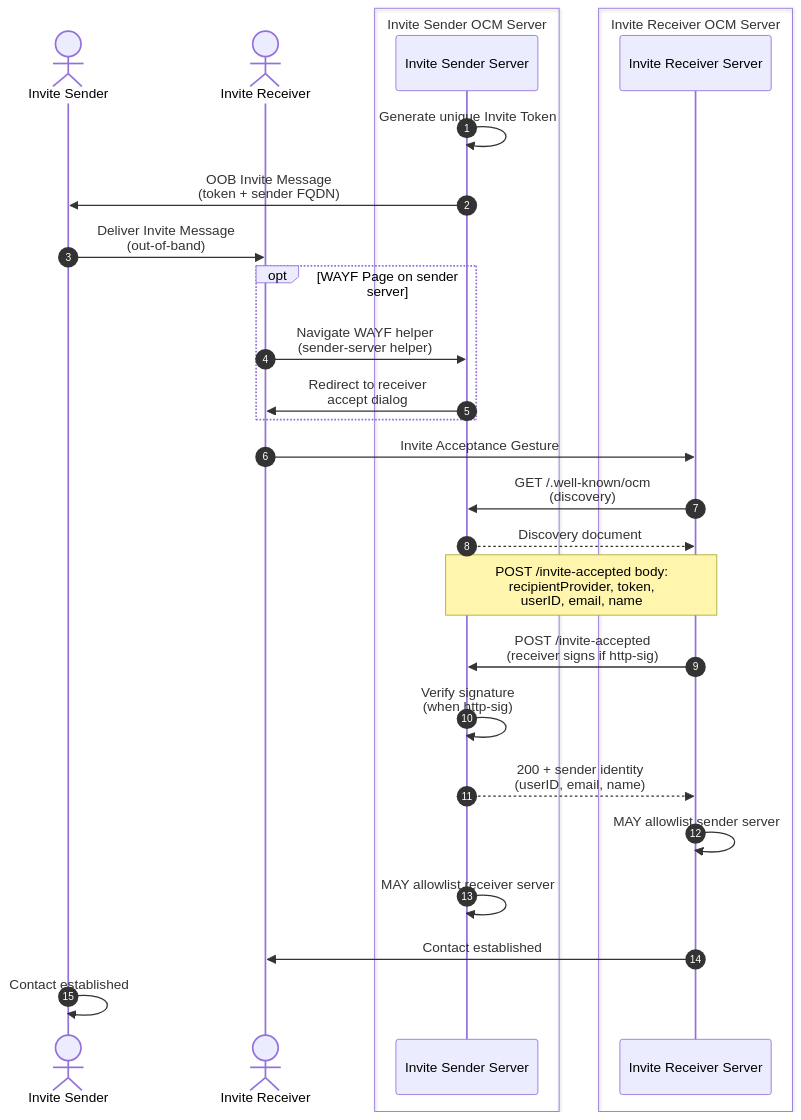
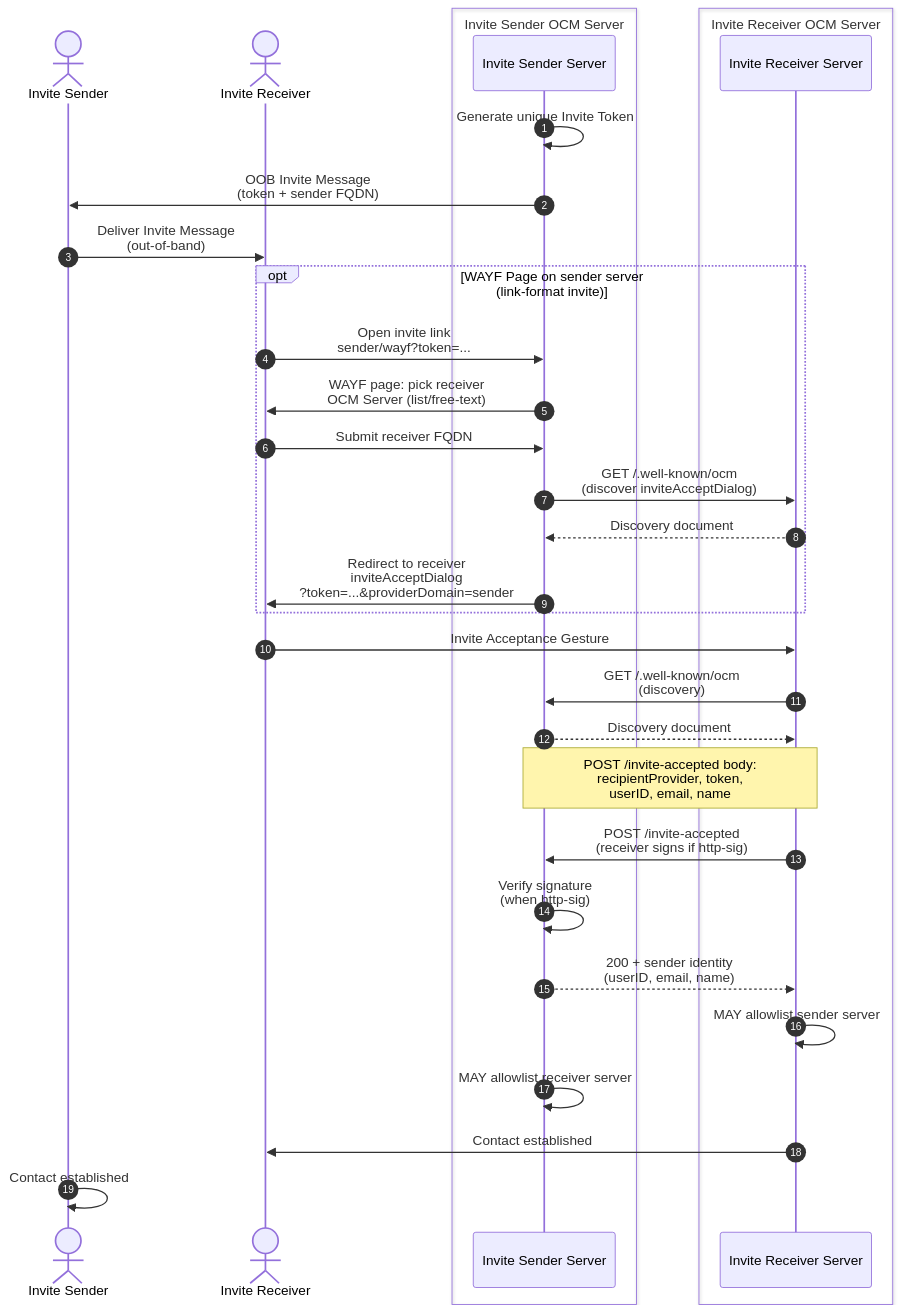
One commit to cs3org/OCM-API changed the diagram in diagrams/08-invite-flow.md. Above: the diagram before and after it, drawn with Mermaid. The commit also changed other lines of this file, not shown here.

Commit message:
docs(diagrams): expand invite wayf discovery step

````diff
--- a/diagrams/08-invite-flow.md
+++ b/diagrams/08-invite-flow.md
@@ -6,37 +6,41 @@
 ```mermaid
 sequenceDiagram
     autonumber
     actor ISU as Invite Sender
     actor IRU as Invite Receiver
 
     box Invite Sender OCM Server
         participant ISS as Invite Sender Server
     end
 
     box Invite Receiver OCM Server
         participant IRS as Invite Receiver Server
     end
 
     ISS->>ISS: Generate unique Invite Token
     ISS->>ISU: OOB Invite Message<br/>(token + sender FQDN)
     ISU->>IRU: Deliver Invite Message<br/>(out-of-band)
 
-    opt WAYF Page on sender server
-        IRU->>ISS: Navigate WAYF helper<br/>(sender-server helper)
-        ISS->>IRU: Redirect to receiver<br/>accept dialog
+    opt WAYF Page on sender server (link-format invite)
+        IRU->>ISS: Open invite link<br/>sender/wayf?token=...
+        ISS->>IRU: WAYF page: pick receiver<br/>OCM Server (list/free-text)
+        IRU->>ISS: Submit receiver FQDN
+        ISS->>IRS: GET /.well-known/ocm<br/>(discover inviteAcceptDialog)
+        IRS-->>ISS: Discovery document
+        ISS->>IRU: Redirect to receiver<br/>inviteAcceptDialog<br/>?token=...&providerDomain=sender
     end
 
     IRU->>IRS: Invite Acceptance Gesture
     IRS->>ISS: GET /.well-known/ocm<br/>(discovery)
     ISS-->>IRS: Discovery document
 
     Note over IRS,ISS: POST /invite-accepted body:<br/>recipientProvider, token,<br/>userID, email, name
     IRS->>ISS: POST /invite-accepted<br/>(receiver signs if http-sig)
     ISS->>ISS: Verify signature<br/>(when http-sig)
 
     ISS-->>IRS: 200 + sender identity<br/>(userID, email, name)
     IRS->>IRS: MAY allowlist sender server
     ISS->>ISS: MAY allowlist receiver server
     IRS->>IRU: Contact established
     ISU->>ISU: Contact established
 ```
````
